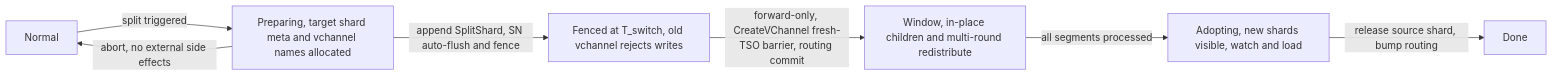
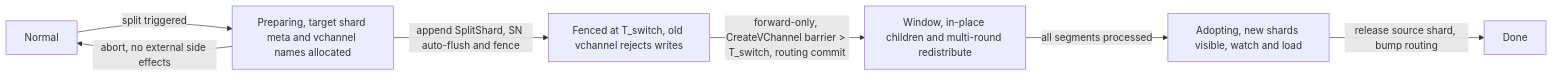
One commit to milvus-io/milvus changed the first of 4 diagrams in docs/design-docs/design_docs/20260610-shard_split.md. Above: the diagram before and after it, drawn with Mermaid. The commit also changed other lines of this file, not shown here.

First line of the commit message:
doc: align shard split design with the implemented routing predicate, barrier and T_switch drain

````diff
--- a/docs/design-docs/design_docs/20260610-shard_split.md
+++ b/docs/design-docs/design_docs/20260610-shard_split.md
@@ -236,9 +246,9 @@
 ```mermaid
 flowchart LR
     IDLE["Normal"] -->|"split triggered"| PREP["Preparing, target shard meta and vchannel names allocated"]
     PREP -->|"abort, no external side effects"| IDLE
     PREP -->|"append SplitShard, SN auto-flush and fence"| FENCE["Fenced at T_switch, old vchannel rejects writes"]
-    FENCE -->|"forward-only, CreateVChannel fresh-TSO barrier, routing commit"| WIN["Window, in-place children and multi-round redistribute"]
+    FENCE -->|"forward-only, CreateVChannel barrier > T_switch, routing commit"| WIN["Window, in-place children and multi-round redistribute"]
     WIN -->|"all segments processed"| ADOPT["Adopting, new shards visible, watch and load"]
     ADOPT -->|"release source shard, bump routing"| DONE["Done"]
 ```
````
